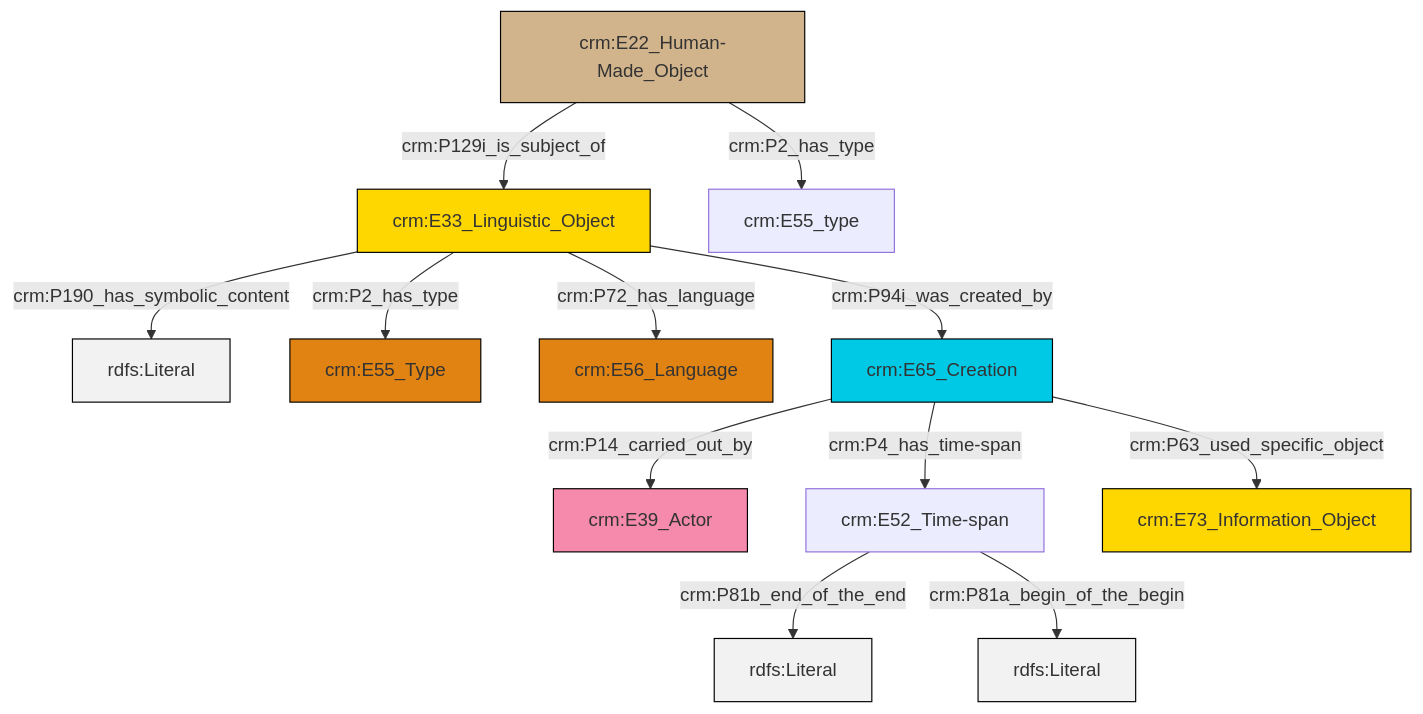
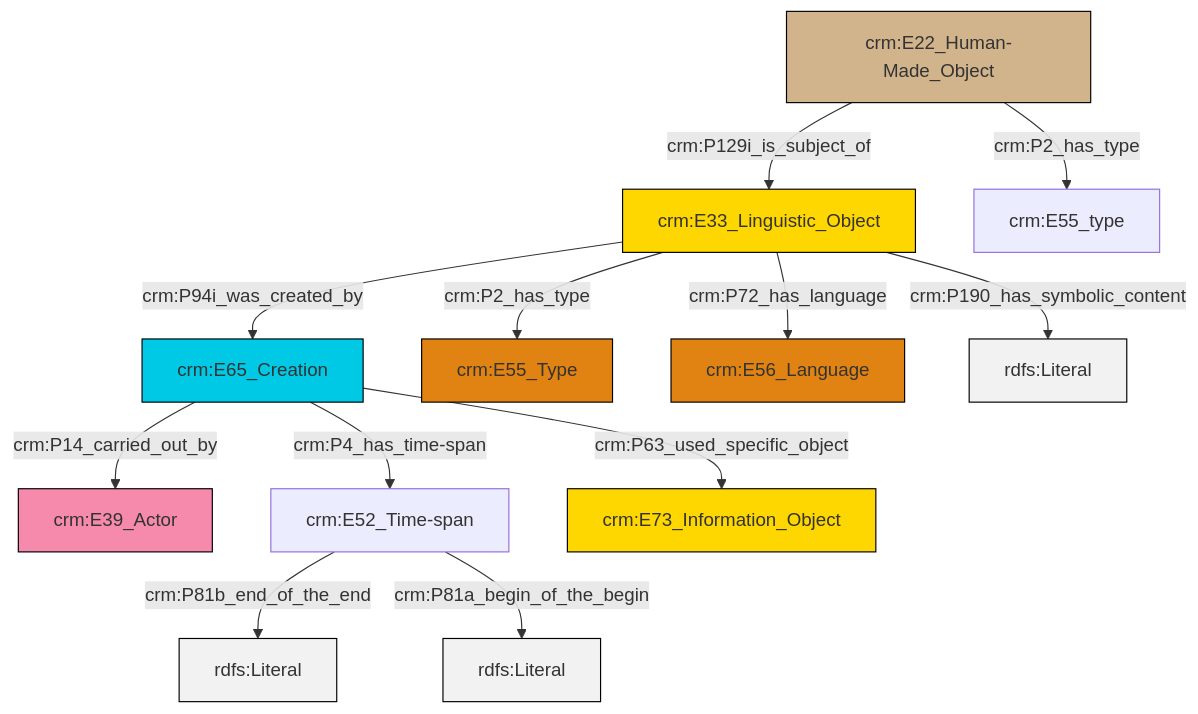
The diagram in et/artworkCSV/ttl/mmd/Artwork_Description.ttl.mmd (ncarboni/srdm), drawn with Mermaid before and after one commit. The commit also changed 367 other files, not shown here.

```diff
--- a/et/artworkCSV/ttl/mmd/Artwork_Description.ttl.mmd
+++ b/et/artworkCSV/ttl/mmd/Artwork_Description.ttl.mmd
@@ -1,26 +1,26 @@
 graph TD
 classDef Literal fill:#f2f2f2,stroke:#000000;
 classDef CRM_Entity fill:#FFFFFF,stroke:#000000;
 classDef Temporal_Entity fill:#00C9E6, stroke:#000000;
 classDef Type fill:#E18312, stroke:#000000;
 classDef Time-Span fill:#2C9C91, stroke:#000000;
 classDef Appellation fill:#FFEB7F, stroke:#000000;
 classDef Place fill:#008836, stroke:#000000;
 classDef Persistent_Item fill:#B266B2, stroke:#000000;
 classDef Conceptual_Object fill:#FFD700, stroke:#000000;
 classDef Physical_Thing fill:#D2B48C, stroke:#000000;
 classDef Actor fill:#f58aad, stroke:#000000;
 classDef PC_Classes fill:#4ce600, stroke:#000000;
 classDef Multi fill:#cccccc,stroke:#000000;
 
-0["crm:E33_Linguistic_Object"]:::Conceptual_Object -->|crm:P190_has_symbolic_content| 1[rdfs:Literal]:::Literal
-0["crm:E33_Linguistic_Object"]:::Conceptual_Object -->|crm:P2_has_type| 2["crm:E55_Type"]:::Type
-6["crm:E65_Creation"]:::Temporal_Entity -->|crm:P14_carried_out_by| 7["crm:E39_Actor"]:::Actor
-9["crm:E52_Time-span"]:::Default -->|crm:P81b_end_of_the_end| 10[rdfs:Literal]:::Literal
-11["crm:E22_Human-Made_Object"]:::Physical_Thing -->|crm:P2_has_type| 12["crm:E55_type"]:::Default
-11["crm:E22_Human-Made_Object"]:::Physical_Thing -->|crm:P129i_is_subject_of| 0["crm:E33_Linguistic_Object"]:::Conceptual_Object
-6["crm:E65_Creation"]:::Temporal_Entity -->|crm:P4_has_time-span| 9["crm:E52_Time-span"]:::Default
-9["crm:E52_Time-span"]:::Default -->|crm:P81a_begin_of_the_begin| 16[rdfs:Literal]:::Literal
-6["crm:E65_Creation"]:::Temporal_Entity -->|crm:P63_used_specific_object| 17["crm:E73_Information_Object"]:::Conceptual_Object
-0["crm:E33_Linguistic_Object"]:::Conceptual_Object -->|crm:P72_has_language| 4["crm:E56_Language"]:::Type
-0["crm:E33_Linguistic_Object"]:::Conceptual_Object -->|crm:P94i_was_created_by| 6["crm:E65_Creation"]:::Temporal_Entity
+0["crm:E65_Creation"]:::Temporal_Entity -->|crm:P14_carried_out_by| 1["crm:E39_Actor"]:::Actor
+0["crm:E65_Creation"]:::Temporal_Entity -->|crm:P4_has_time-span| 3["crm:E52_Time-span"]:::Default
+3["crm:E52_Time-span"]:::Default -->|crm:P81b_end_of_the_end| 4[rdfs:Literal]:::Literal
+5["crm:E33_Linguistic_Object"]:::Conceptual_Object -->|crm:P2_has_type| 6["crm:E55_Type"]:::Type
+5["crm:E33_Linguistic_Object"]:::Conceptual_Object -->|crm:P94i_was_created_by| 0["crm:E65_Creation"]:::Temporal_Entity
+7["crm:E22_Human-Made_Object"]:::Physical_Thing -->|crm:P2_has_type| 8["crm:E55_type"]:::Default
+5["crm:E33_Linguistic_Object"]:::Conceptual_Object -->|crm:P72_has_language| 10["crm:E56_Language"]:::Type
+7["crm:E22_Human-Made_Object"]:::Physical_Thing -->|crm:P129i_is_subject_of| 5["crm:E33_Linguistic_Object"]:::Conceptual_Object
+3["crm:E52_Time-span"]:::Default -->|crm:P81a_begin_of_the_begin| 15[rdfs:Literal]:::Literal
+0["crm:E65_Creation"]:::Temporal_Entity -->|crm:P63_used_specific_object| 13["crm:E73_Information_Object"]:::Conceptual_Object
+5["crm:E33_Linguistic_Object"]:::Conceptual_Object -->|crm:P190_has_symbolic_content| 18[rdfs:Literal]:::Literal
```
